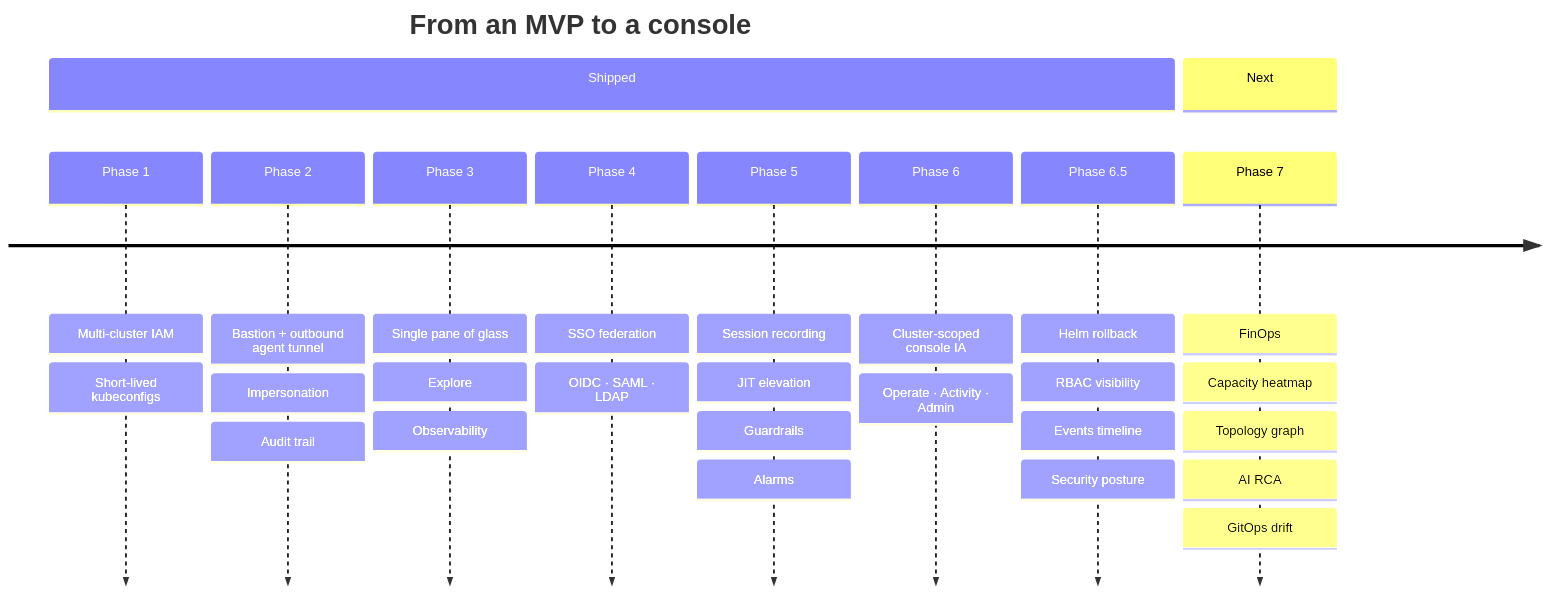
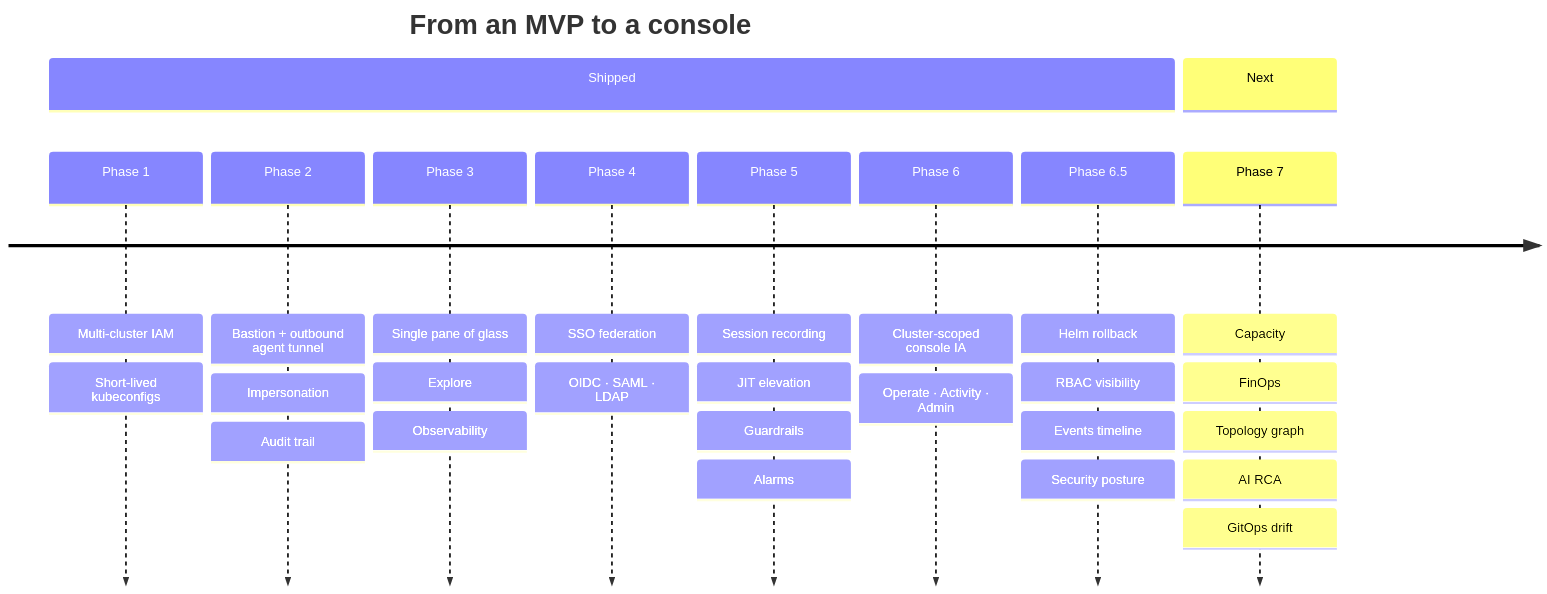
Before and after one commit to kubemg/kubemg: the seventh of 7 diagrams in README.md, drawn with Mermaid. The commit also changed other lines of this file and 31 other files, not shown here.

````diff
--- a/README.md
+++ b/README.md
@@ -516,14 +535,14 @@
 ```mermaid
 timeline
     title From an MVP to a console
     section Shipped
         Phase 1 : Multi-cluster IAM : Short-lived kubeconfigs
         Phase 2 : Bastion + outbound agent tunnel : Impersonation : Audit trail
         Phase 3 : Single pane of glass : Explore : Observability
         Phase 4 : SSO federation : OIDC · SAML · LDAP
         Phase 5 : Session recording : JIT elevation : Guardrails : Alarms
         Phase 6 : Cluster-scoped console IA : Operate · Activity · Admin
         Phase 6.5 : Helm rollback : RBAC visibility : Events timeline : Security posture
     section Next
-        Phase 7 : FinOps : Capacity heatmap : Topology graph : AI RCA : GitOps drift
+        Phase 7 : Capacity : FinOps : Topology graph : AI RCA : GitOps drift
 ```
````
